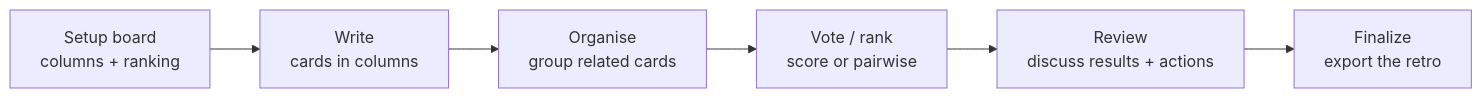
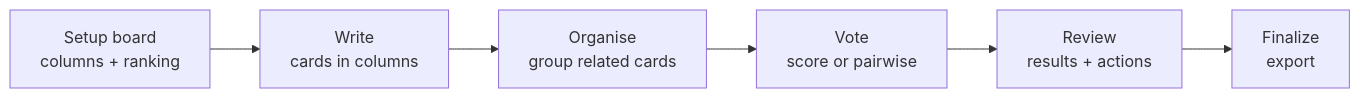
One commit to stefan-vatov/thx-retro-board changed the first of 2 diagrams in README.md. Above: the diagram before and after it, drawn with Mermaid. The commit also changed other lines of this file and 1 other file, not shown here.

````diff
--- a/README.md
+++ b/README.md
@@ -33,8 +56,8 @@
 ```mermaid
 flowchart LR
   setup["Setup board<br/>columns + ranking"] --> write["Write<br/>cards in columns"]
   write --> organise["Organise<br/>group related cards"]
-  organise --> vote["Vote / rank<br/>score or pairwise"]
-  vote --> review["Review<br/>discuss results + actions"]
-  review --> finalize["Finalize<br/>export the retro"]
+  organise --> vote["Vote<br/>score or pairwise"]
+  vote --> review["Review<br/>results + actions"]
+  review --> finalize["Finalize<br/>export"]
 ```
````
